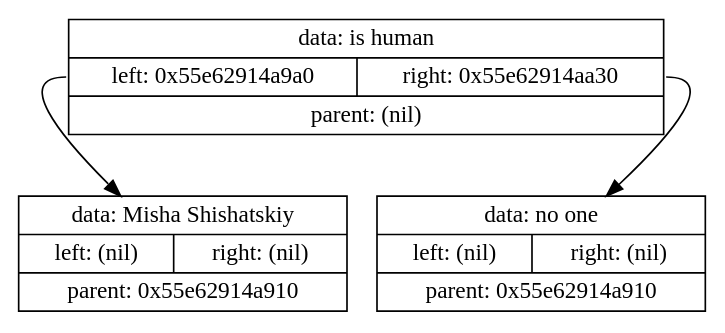
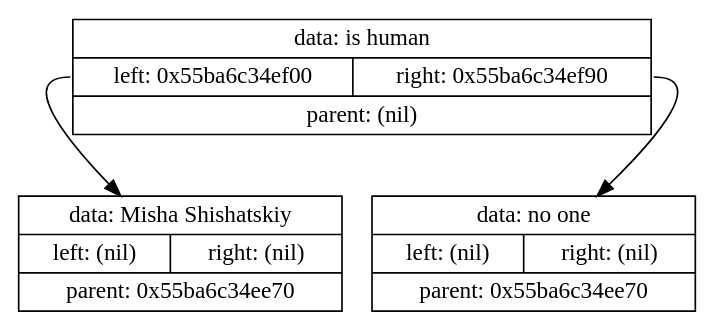
One commit to Shishqa/MIPT_1sem_C_lang changed the diagram in Projects/7.Akinator/tmp/tempautogeneratedlog.gv. Above: the diagram before and after it, drawn with Graphviz. The commit also changed 6 other files, not shown here.

```diff
--- a/Projects/7.Akinator/tmp/tempautogeneratedlog.gv
+++ b/Projects/7.Akinator/tmp/tempautogeneratedlog.gv
@@ -1,9 +1,9 @@
 digraph dump
 {
-	node0x55e62914a910 [shape = "record", label = "{<f1>data: is human|{<f2>left: 0x55e62914a9a0|<f3>right: 0x55e62914aa30}|<f4>parent: (nil)}"];
-	node0x55e62914a9a0 [shape = "record", label = "{<f1>data: Misha Shishatskiy|{<f2>left: (nil)|<f3>right: (nil)}|<f4>parent: 0x55e62914a910}"];
-	node0x55e62914a910:f2 -> node0x55e62914a9a0
-	node0x55e62914aa30 [shape = "record", label = "{<f1>data: no one|{<f2>left: (nil)|<f3>right: (nil)}|<f4>parent: 0x55e62914a910}"];
-	node0x55e62914a910:f3 -> node0x55e62914aa30
+	node0x55ba6c34ee70 [shape = "record", label = "{<f1>data: is human|{<f2>left: 0x55ba6c34ef00|<f3>right: 0x55ba6c34ef90}|<f4>parent: (nil)}"];
+	node0x55ba6c34ef00 [shape = "record", label = "{<f1>data: Misha Shishatskiy|{<f2>left: (nil)|<f3>right: (nil)}|<f4>parent: 0x55ba6c34ee70}"];
+	node0x55ba6c34ee70:f2 -> node0x55ba6c34ef00
+	node0x55ba6c34ef90 [shape = "record", label = "{<f1>data: no one|{<f2>left: (nil)|<f3>right: (nil)}|<f4>parent: 0x55ba6c34ee70}"];
+	node0x55ba6c34ee70:f3 -> node0x55ba6c34ef90
 
 }
```
